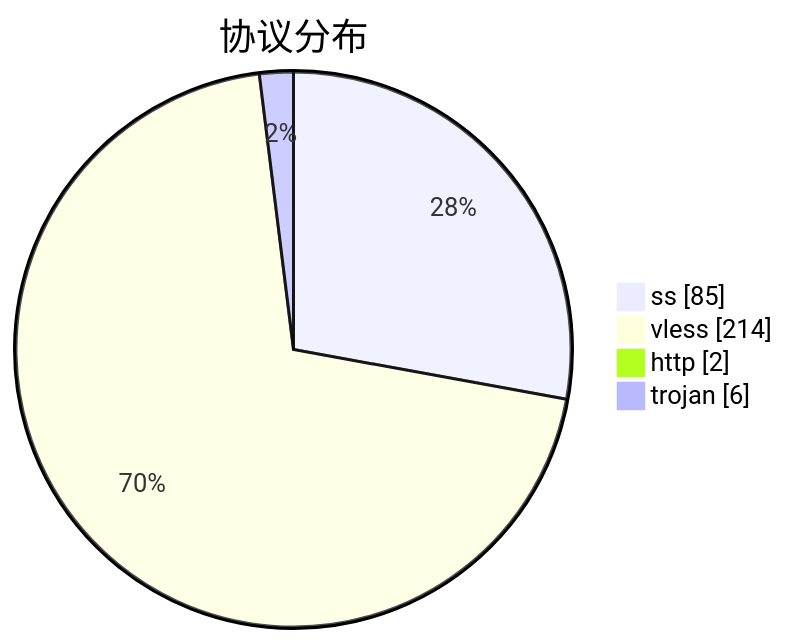
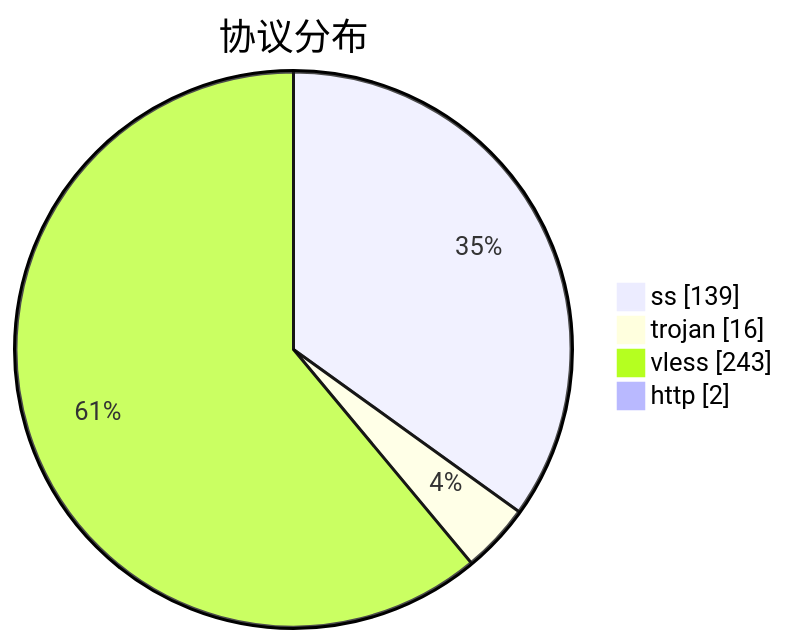
One commit to qjlxg/airport changed the third of 3 diagrams in subs/statistics/tested_within.md. Above: the diagram before and after it, drawn with Mermaid. The commit also changed other lines of this file and 2 other files, not shown here.

````diff
--- a/subs/statistics/tested_within.md
+++ b/subs/statistics/tested_within.md
@@ -26,8 +33,8 @@
 ```mermaid
 pie showData
 title 协议分布
-"ss" : 85
-"vless" : 214
+"ss" : 139
+"trojan" : 16
+"vless" : 243
 "http" : 2
-"trojan" : 6
 ```
````
